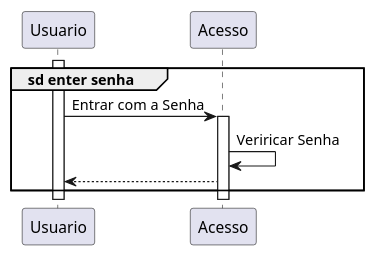
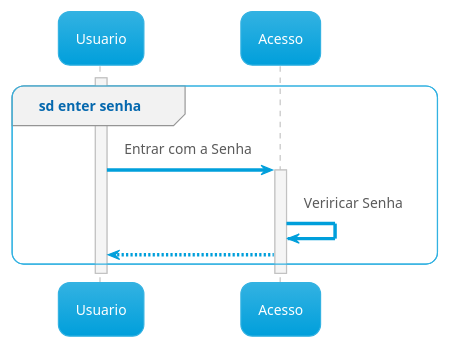
Before and after one commit to LeonardoVieiraGuimaraes/OrientacaoObjetos: the first of 2 diagrams in UML/DiagramasComportamentais/VisaoGeralInteracao.puml, drawn with PlantUML. The commit also changed 14 other files, not shown here.

```diff
--- a/UML/DiagramasComportamentais/VisaoGeralInteracao.puml
+++ b/UML/DiagramasComportamentais/VisaoGeralInteracao.puml
@@ -1,15 +1,15 @@
-@startuml
-
+@startuml ControleAcesso
+!theme bluegray
 group sd enter senha
     participant Usuario
     participant Acesso
     activate Usuario
     Usuario -> Acesso: Entrar com a Senha
     activate Acesso
     Acesso -> Acesso: Veriricar Senha
     Acesso --> Usuario
   
 end
 
 
 @enduml
```
